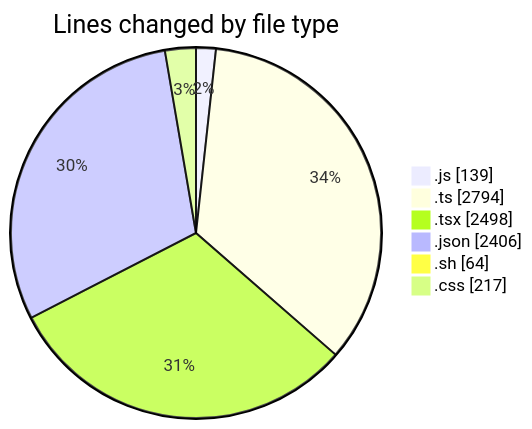
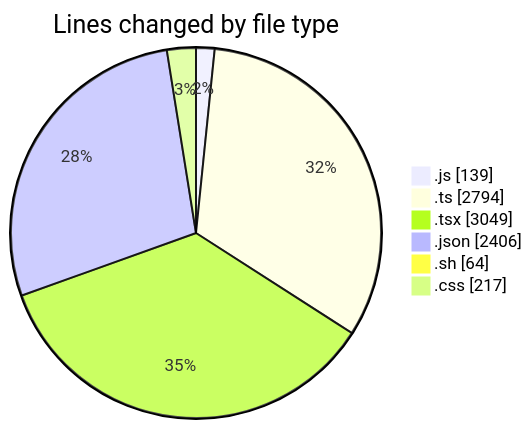
One commit to EIIisD/code-tracking changed the first of 2 diagrams in 2025-07-14/ribbon/README.md. Above: the diagram before and after it, drawn with Mermaid. The commit also changed other lines of this file and 1 other file, not shown here.

````diff
--- a/2025-07-14/ribbon/README.md
+++ b/2025-07-14/ribbon/README.md
@@ -54,10 +57,10 @@
 ```mermaid
 pie showData
 title Lines changed by file type
 ".js" : 139
 ".ts" : 2794
-".tsx" : 2498
+".tsx" : 3049
 ".json" : 2406
 ".sh" : 64
 ".css" : 217
 ```
````
